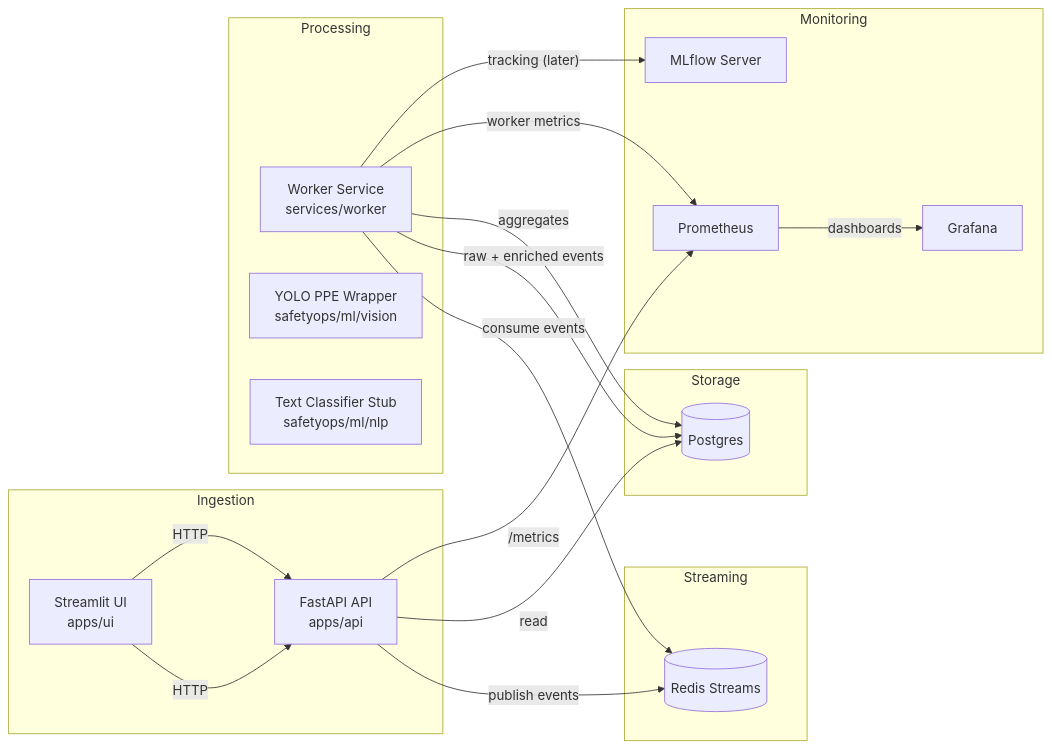
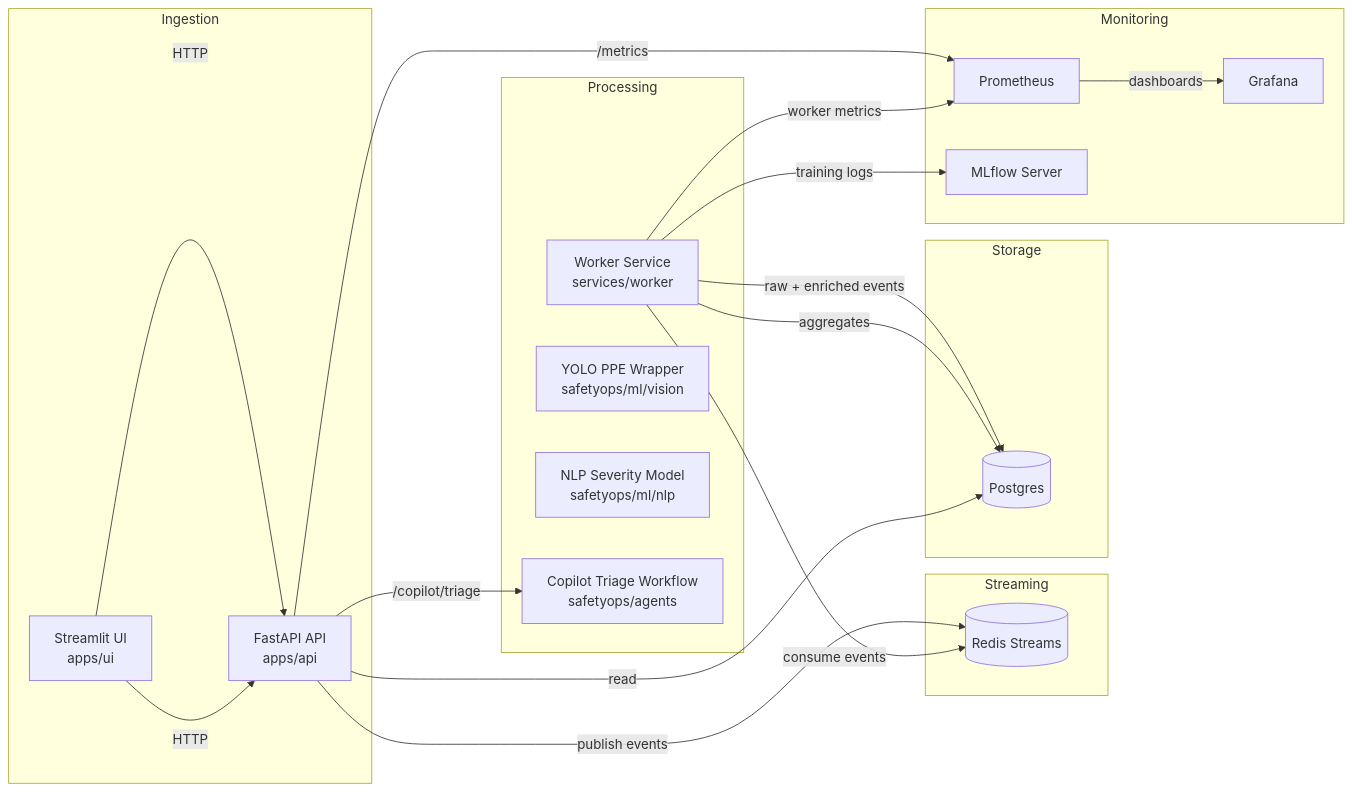
Before and after one commit to brej-29/safetyops-copilot: the diagram in README.md, drawn with Mermaid. The commit also changed other lines of this file and 42 other files, not shown here.

Commit message:
feat(api): add Copilot triage workflow (LangGraph) and endpoints (/copilot/triage, drift, dlq); wire NLP inference; update UI with Copilot tab

````diff
--- a/README.md
+++ b/README.md
@@ -18,42 +18,44 @@
 ```mermaid
 flowchart LR
     subgraph Ingestion
         UI[Streamlit UI<br/>apps/ui]
         API[FastAPI API<br/>apps/api]
     end
 
     subgraph Streaming
         RS[(Redis Streams)]
     end
 
     subgraph Processing
         W[Worker Service<br/>services/worker]
         MLVision[YOLO PPE Wrapper<br/>safetyops/ml/vision]
-        MLText[Text Classifier Stub<br/>safetyops/ml/nlp]
+        MLText[NLP Severity Model<br/>safetyops/ml/nlp]
+        Agent[Copilot Triage Workflow<br/>safetyops/agents]
     end
 
     subgraph Storage
         PG[(Postgres)]
     end
 
     subgraph Monitoring
         Prom[Prometheus]
         Graf[Grafana]
         MLflow[MLflow Server]
     end
 
     UI -- HTTP --> API
     API -- publish events --> RS
     W -- consume events --> RS
     W -- raw + enriched events --> PG
     W -- aggregates --> PG
 
     API -- read --> PG
     UI -- HTTP --> API
+    API -- /copilot/triage --> Agent
 
     API -- /metrics --> Prom
     W -- worker metrics --> Prom
     Prom -- dashboards --> Graf
 
-    W -- tracking (later) --> MLflow
+    W -- training logs --> MLflow
 ```
````
